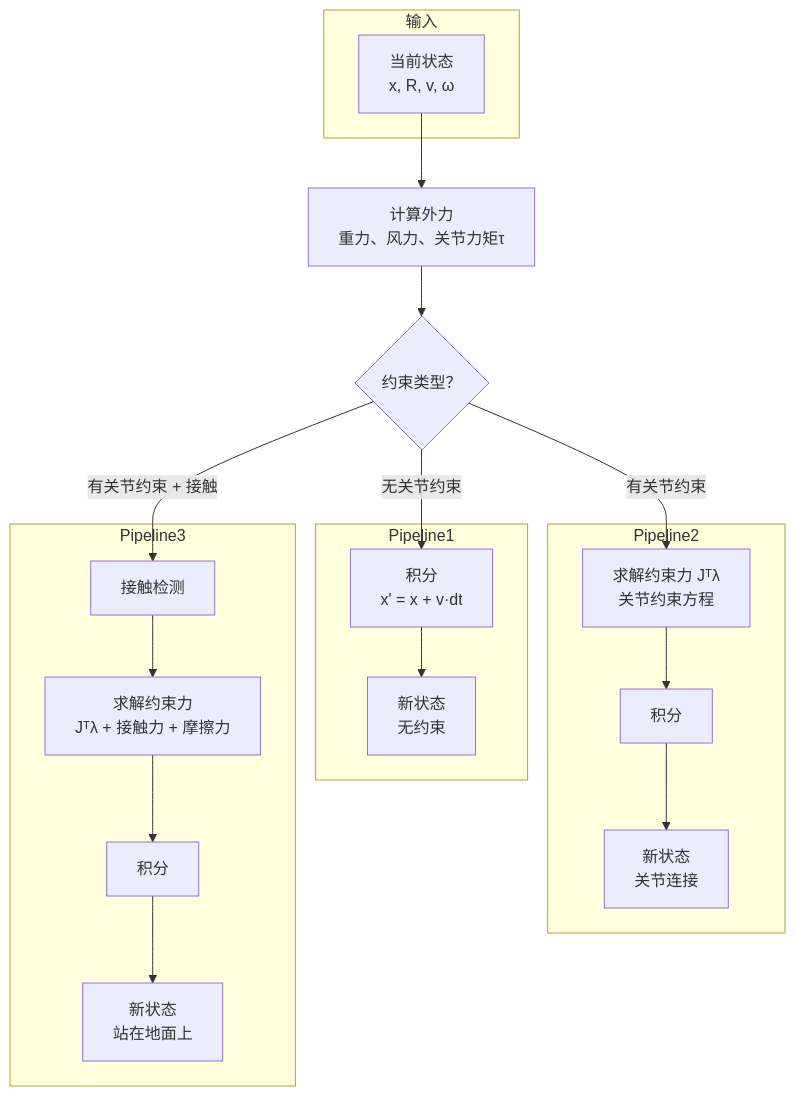
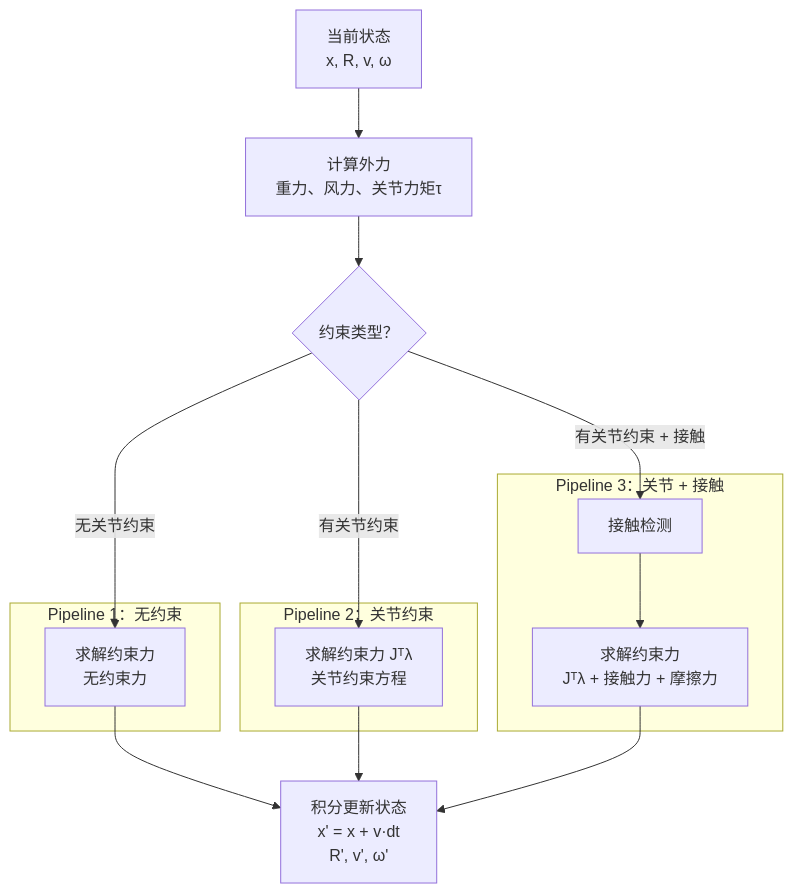
Before and after one commit to CaterpillarStudyGroup/GAMES105_mdbook: the second of 3 diagrams in src/Simulation.md, drawn with Mermaid. The commit also changed other lines of this file and 4 other files, not shown here.

First line of the commit message:
Simulation.md: 优化两个 Mermaid 图

````diff
--- a/src/Simulation.md
+++ b/src/Simulation.md
@@ -60,43 +56,31 @@
 ```mermaid
 flowchart TD
-    subgraph 输入
-        A[当前状态<br/>x, R, v, ω]
+    A[当前状态<br/>x, R, v, ω]
+    B[计算外力<br/>重力、风力、关节力矩τ]
+    C{约束类型？}
+
+    subgraph "Pipeline 1：无约束"
+        D1[求解约束力<br/>无约束力]
     end
 
-    B[计算外力<br/>重力、风力、关节力矩τ]
-
-    C{约束类型？}
-
-    subgraph Pipeline1
-        D1[积分<br/>x' = x + v·dt]
-        E1[新状态<br/>无约束]
+    subgraph "Pipeline 2：关节约束"
+        D2[求解约束力 Jᵀλ<br/>关节约束方程]
     end
 
-    subgraph Pipeline2
-        D2[求解约束力 Jᵀλ<br/>关节约束方程]
-        E2[积分]
-        F2[新状态<br/>关节连接]
-    end
-
-    subgraph Pipeline3
+    subgraph "Pipeline 3：关节 + 接触"
         D3[接触检测]
         E3[求解约束力<br/>Jᵀλ + 接触力 + 摩擦力]
-        F3[积分]
-        G3[新状态<br/>站在地面上]
+        D3 --> E3
     end
 
     A --> B
     B --> C
 
     C -->|无关节约束 | D1
-    D1 --> E1
+    C -->|有关节约束 | D2
+    C -->|有关节约束 + 接触 | D3
 
-    C -->|有关节约束 | D2
-    D2 --> E2
-    E2 --> F2
-
-    C -->|有关节约束 + 接触 | D3
-    D3 --> E3
-    E3 --> F3
-    F3 --> G3
+    D1 --> E[积分更新状态<br/>x' = x + v·dt<br/>R', v', ω']
+    D2 --> E
+    E3 --> E
 ```
````
